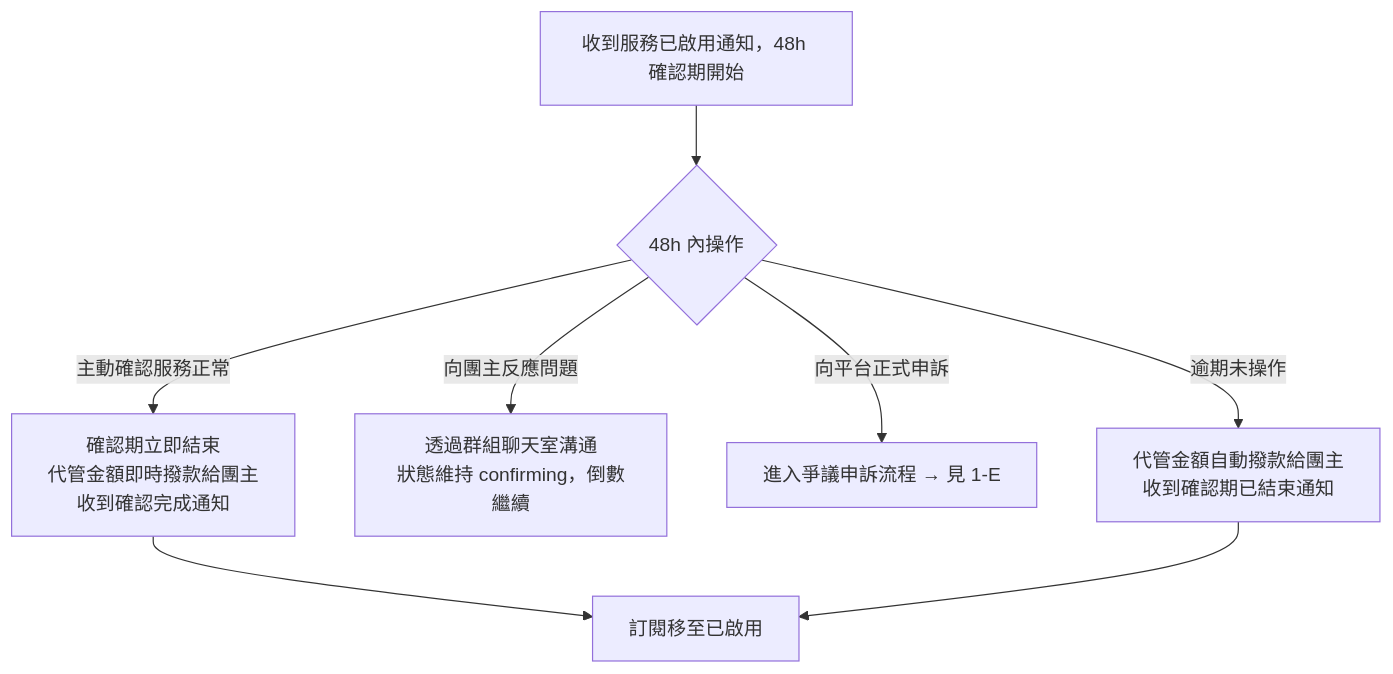
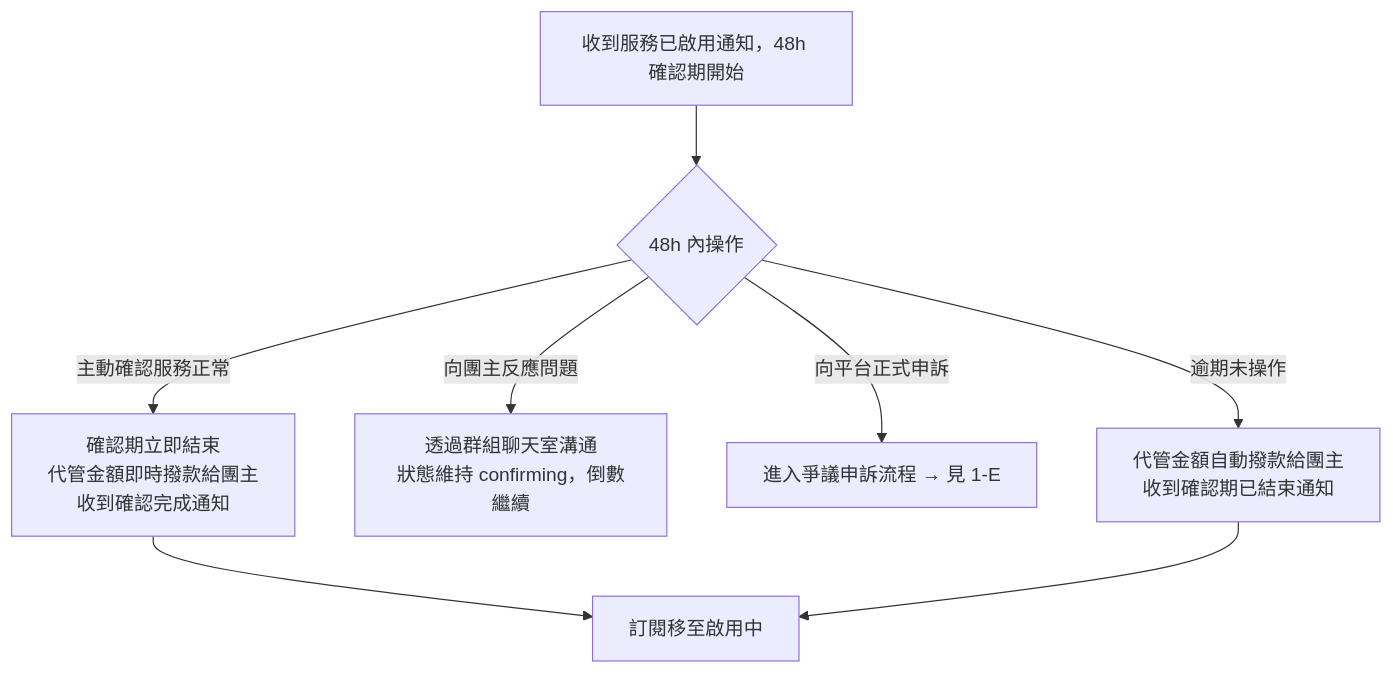
The fifth of 15 diagrams in docs/user-flows.md (s1092055/PartyMatch), drawn with Mermaid before and after one commit. The commit also changed other lines of this file and 16 other files, not shown here.

````diff
--- a/docs/user-flows.md
+++ b/docs/user-flows.md
@@ -87,10 +85,10 @@
 ```mermaid
 flowchart TD
   A[收到服務已啟用通知，48h 確認期開始] --> B{48h 內操作}
   B -->|主動確認服務正常| C[確認期立即結束\n代管金額即時撥款給團主\n收到確認完成通知]
   B -->|向團主反應問題| D[透過群組聊天室溝通\n狀態維持 confirming，倒數繼續]
   B -->|向平台正式申訴| E[進入爭議申訴流程 → 見 1-E]
   B -->|逾期未操作| F[代管金額自動撥款給團主\n收到確認期已結束通知]
-  C --> G[訂閱移至已啟用]
+  C --> G[訂閱移至啟用中]
   F --> G
 ```
````
